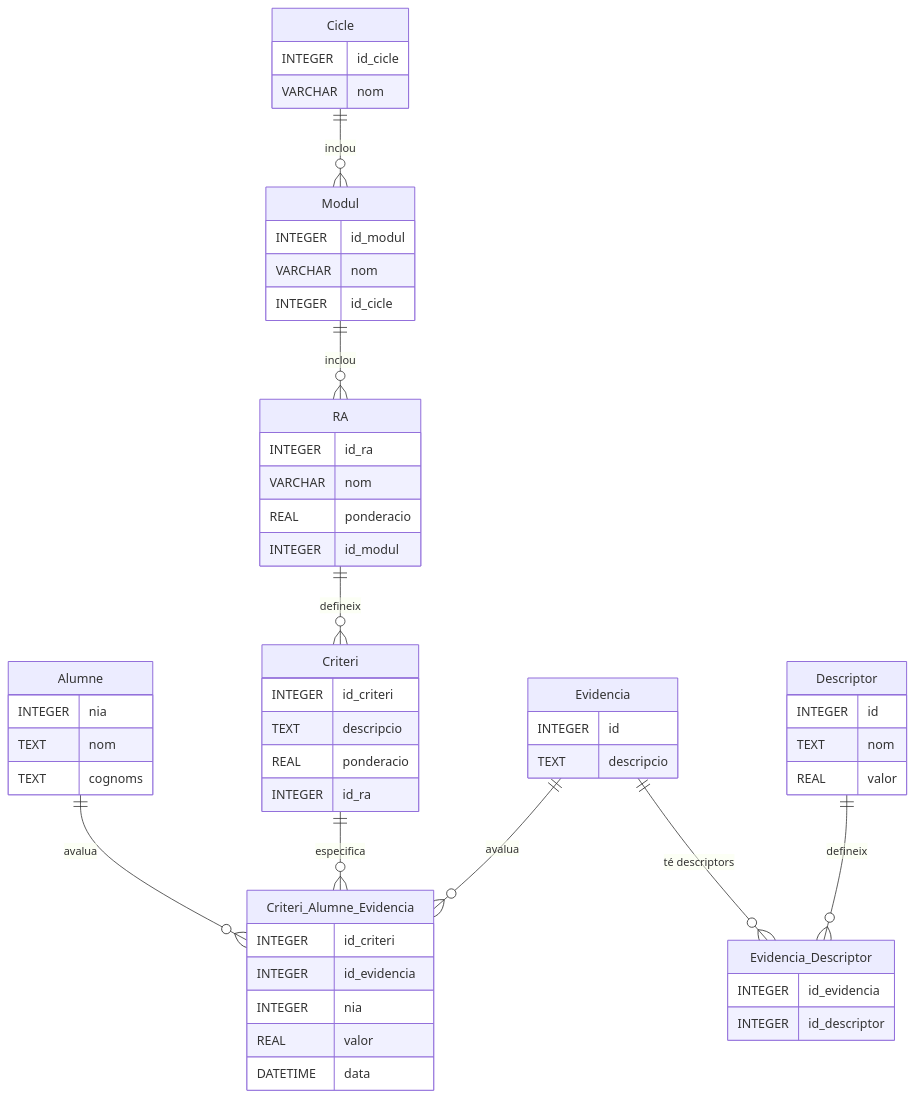
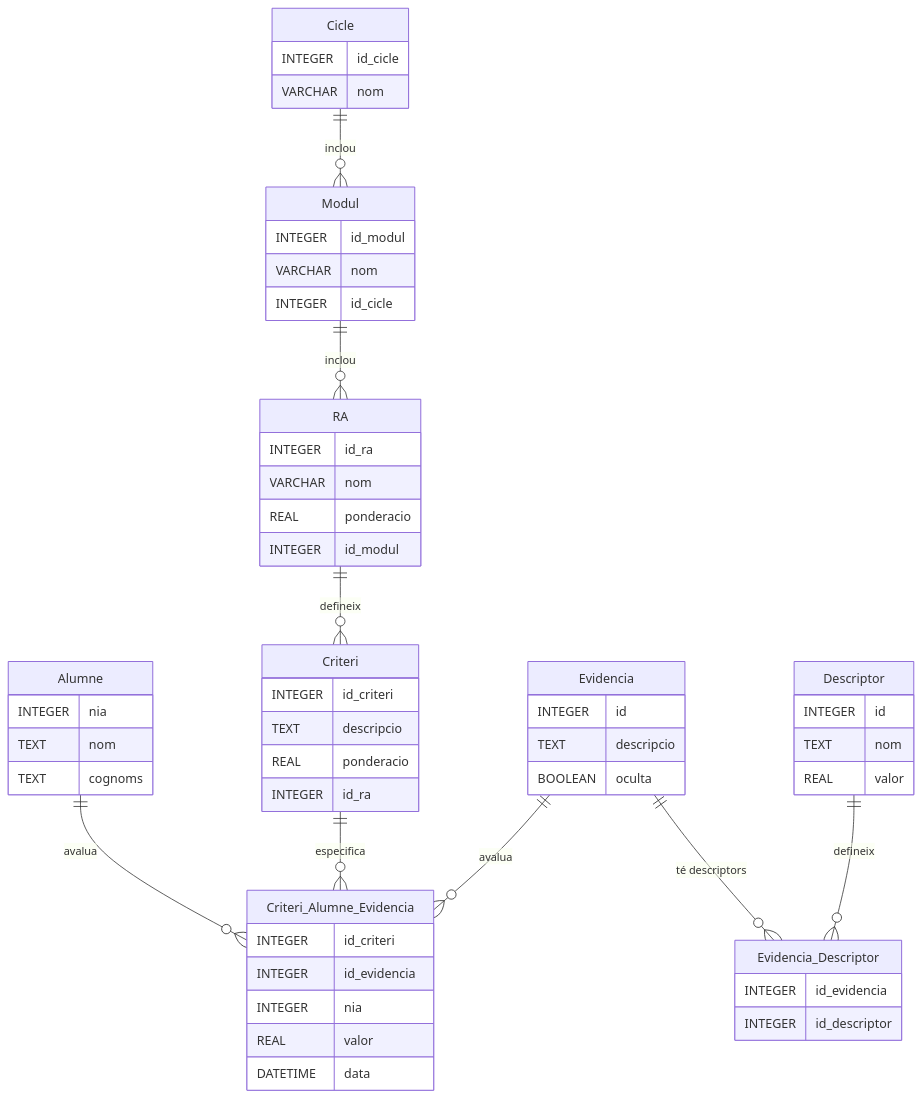
Before and after one commit to juatafe/avaluar: the diagram in README.md, drawn with Mermaid. The commit also changed other lines of this file and 16 other files, not shown here.

````diff
--- a/README.md
+++ b/README.md
@@ -165,69 +166,70 @@
 ```mermaid
 erDiagram
     %% Entitats principals
     Cicle {
         INTEGER id_cicle
         VARCHAR nom
     }
 
     Modul {
         INTEGER id_modul
         VARCHAR nom
         INTEGER id_cicle
     }
 
     RA {
         INTEGER id_ra
         VARCHAR nom
         REAL ponderacio
         INTEGER id_modul
     }
 
     Criteri {
         INTEGER id_criteri
         TEXT descripcio
         REAL ponderacio
         INTEGER id_ra
     }
 
     Alumne {
         INTEGER nia
         TEXT nom
         TEXT cognoms
     }
 
     Evidencia {
         INTEGER id
         TEXT descripcio
+        BOOLEAN oculta
     }
 
     Descriptor {
         INTEGER id
         TEXT nom
         REAL valor
     }
 
     Evidencia_Descriptor {
         INTEGER id_evidencia
         INTEGER id_descriptor
     }
 
     Criteri_Alumne_Evidencia {
         INTEGER id_criteri
         INTEGER id_evidencia
         INTEGER nia
         REAL valor
         DATETIME data
     }
 
     %% Relacions
     Cicle ||--o{ Modul : "inclou"
     Modul ||--o{ RA : "inclou"
     RA ||--o{ Criteri : "defineix"
     Alumne ||--o{ Criteri_Alumne_Evidencia : "avalua"
     Evidencia ||--o{ Evidencia_Descriptor : "té descriptors"
     Descriptor ||--o{ Evidencia_Descriptor : "defineix"
     Criteri ||--o{ Criteri_Alumne_Evidencia : "especifica"
     Evidencia ||--o{ Criteri_Alumne_Evidencia : "avalua"
 
 ``` 
````
